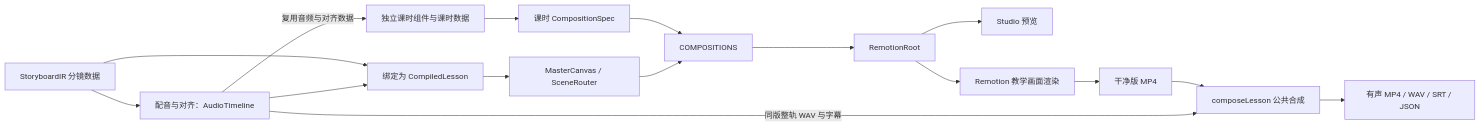
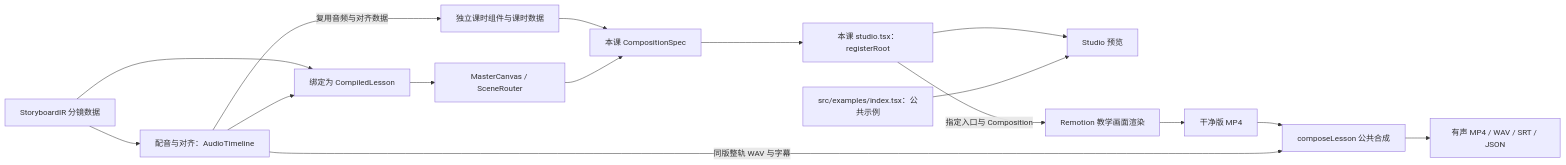
One commit to xingjing314/course-video-pipeline-codex changed the diagram in docs/architecture/architecture-design-v2.0.md. Above: the diagram before and after it, drawn with Mermaid. The commit also changed other lines of this file and 336 other files, not shown here.

````diff
--- a/docs/architecture/architecture-design-v2.0.md
+++ b/docs/architecture/architecture-design-v2.0.md
@@ -15,18 +17,18 @@
 ```mermaid
 flowchart LR
     IR["StoryboardIR 分镜数据"] --> AUDIO["配音与对齐：AudioTimeline"]
     IR --> LINK["绑定为 CompiledLesson"]
     AUDIO --> LINK
     AUDIO -->|"复用音频与对齐数据"| LOCAL["独立课时组件与课时数据"]
-    LOCAL --> SPEC["课时 CompositionSpec"]
+    LOCAL --> SPEC["本课 CompositionSpec"]
     LINK --> MASTER["MasterCanvas / SceneRouter"]
-    SPEC --> ALL["COMPOSITIONS"]
-    MASTER --> ALL
-    ALL --> ROOT["RemotionRoot"]
-    ROOT --> STUDIO["Studio 预览"]
-    ROOT --> RENDER["Remotion 教学画面渲染"]
+    MASTER --> SPEC
+    SPEC --> ENTRY["本课 studio.tsx：registerRoot"]
+    ENTRY --> STUDIO["Studio 预览"]
+    EXAMPLES["src/examples/index.tsx：公共示例"] --> STUDIO
+    ENTRY -->|"指定入口与 Composition"| RENDER["Remotion 教学画面渲染"]
     RENDER --> CLEAN["干净版 MP4"]
     CLEAN --> COMPOSE["composeLesson 公共合成"]
     AUDIO -->|"同版整轨 WAV 与字幕"| COMPOSE
     COMPOSE --> DELIVERY["有声 MP4 / WAV / SRT / JSON"]
 ```
````
